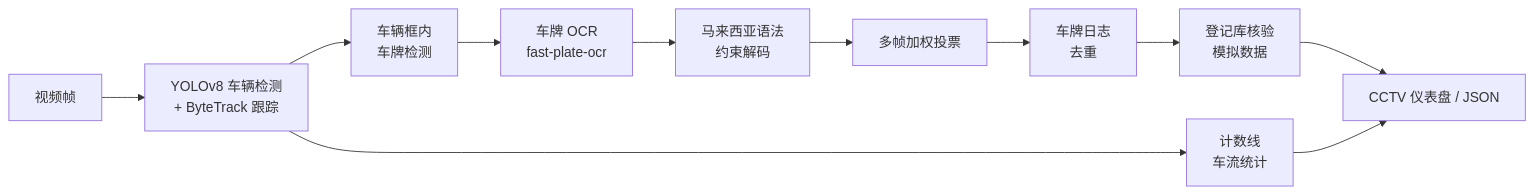
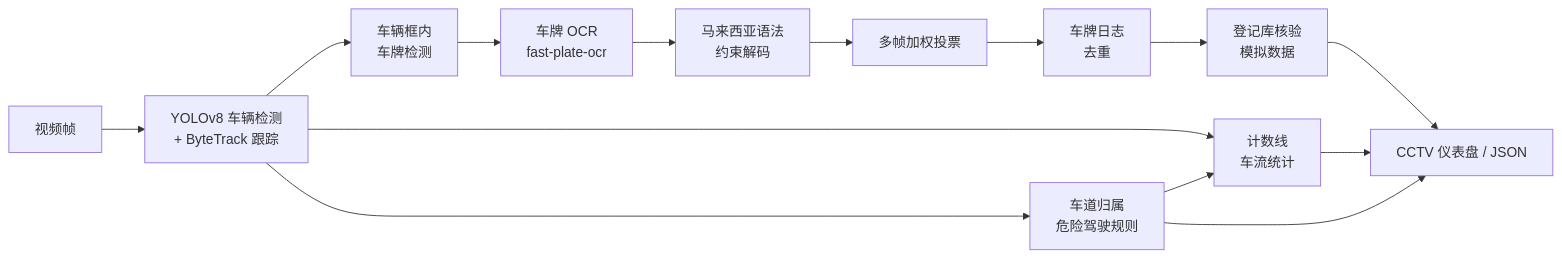
The first of 2 diagrams in ALPR_INTRODUCTION.md (XIE-YIFEI/Software-Engineering-Group-project), drawn with Mermaid before and after one commit. The commit also changed other lines of this file and 20 other files, not shown here.

First line of the commit message:
ALPR: lane-level traffic flow and dangerous driving, English team guide

````diff
--- a/ALPR_INTRODUCTION.md
+++ b/ALPR_INTRODUCTION.md
@@ -119,13 +142,16 @@
 ```mermaid
 flowchart LR
     A[视频帧] --> B[YOLOv8 车辆检测<br/>+ ByteTrack 跟踪]
     B --> C[车辆框内<br/>车牌检测]
     C --> D[车牌 OCR<br/>fast-plate-ocr]
     D --> E[马来西亚语法<br/>约束解码]
     E --> F[多帧加权投票]
     F --> G[车牌日志<br/>去重]
     G --> R[登记库核验<br/>模拟数据]
     B --> H[计数线<br/>车流统计]
+    B --> L[车道归属<br/>危险驾驶规则]
+    L --> H
     R --> I[CCTV 仪表盘 / JSON]
     H --> I
+    L --> I
 ```
````
